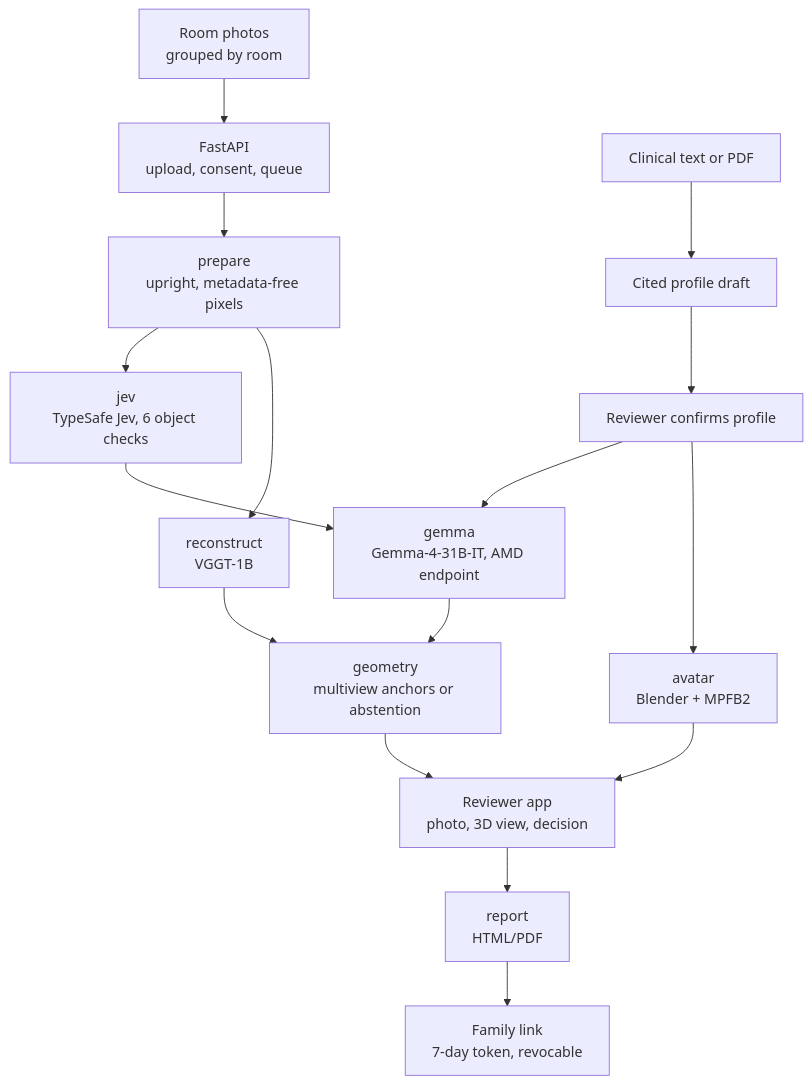
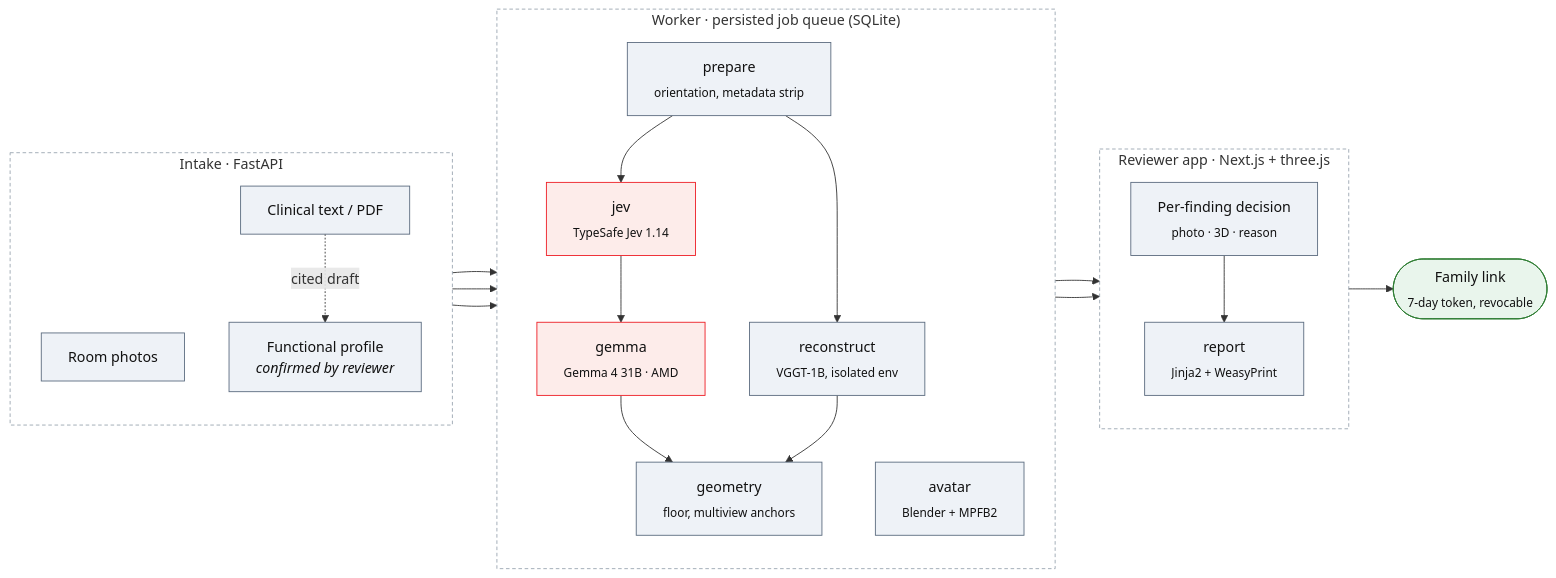
The diagram in README.md (jacopopper/amd-hack), drawn with Mermaid before and after one commit. The commit also changed other lines of this file and 12 other files, not shown here.

Commit message:
Rewrite the README with real app screenshots and room photos, redraw the architecture

````diff
--- a/README.md
+++ b/README.md
@@ -245,18 +63,48 @@
 ```mermaid
-flowchart TD
-    PH["Room photos<br/>grouped by room"] --> API["FastAPI<br/>upload, consent, queue"]
-    DOC["Clinical text or PDF"] --> PROF["Cited profile draft"]
-    PROF --> CONF["Reviewer confirms profile"]
-    API --> PREP["prepare<br/>upright, metadata-free pixels"]
-    PREP --> JEV["jev<br/>TypeSafe Jev, 6 object checks"]
-    PREP --> VGGT["reconstruct<br/>VGGT-1B"]
-    JEV --> GEM["gemma<br/>Gemma-4-31B-IT, AMD endpoint"]
-    CONF --> GEM
-    GEM --> GEO["geometry<br/>multiview anchors or abstention"]
-    VGGT --> GEO
-    CONF --> AV["avatar<br/>Blender + MPFB2"]
-    GEO --> REV["Reviewer app<br/>photo, 3D view, decision"]
-    AV --> REV
-    REV --> RPT["report<br/>HTML/PDF"]
-    RPT --> FAM["Family link<br/>7-day token, revocable"]
+flowchart LR
+    subgraph IN["Intake · FastAPI"]
+        direction TB
+        PH["Room photos"]
+        DOC["Clinical text / PDF"]
+        PRO["Functional profile<br/><i>confirmed by reviewer</i>"]
+        DOC -. cited draft .-> PRO
+    end
+
+    subgraph WK["Worker · persisted job queue (SQLite)"]
+        direction TB
+        PREP["prepare<br/><sub>orientation, metadata strip</sub>"]
+        JEV["jev<br/><sub>TypeSafe Jev 1.14</sub>"]
+        REC["reconstruct<br/><sub>VGGT-1B, isolated env</sub>"]
+        GEM["gemma<br/><sub>Gemma 4 31B · AMD</sub>"]
+        GEO["geometry<br/><sub>floor, multiview anchors</sub>"]
+        AV["avatar<br/><sub>Blender + MPFB2</sub>"]
+        PREP --> JEV --> GEM --> GEO
+        PREP --> REC --> GEO
+    end
+
+    subgraph RV["Reviewer app · Next.js + three.js"]
+        direction TB
+        DEC["Per-finding decision<br/><sub>photo · 3D · reason</sub>"]
+        RPT["report<br/><sub>Jinja2 + WeasyPrint</sub>"]
+        DEC --> RPT
+    end
+
+    FAM(["Family link<br/><sub>7-day token, revocable</sub>"])
+
+    PH --> PREP
+    PRO --> GEM
+    PRO --> AV
+    GEO --> DEC
+    AV --> DEC
+    RPT --> FAM
+
+    classDef ext fill:#fdecea,stroke:#ED1C24,color:#111
+    classDef local fill:#eef2f7,stroke:#5b6b7f,color:#111
+    classDef out fill:#e9f5ec,stroke:#2e7d32,color:#111
+    class JEV,GEM ext
+    class PREP,REC,GEO,AV,DEC,RPT,PH,DOC,PRO local
+    class FAM out
+    style IN fill:none,stroke:#9aa5b1,stroke-dasharray:4 3
+    style WK fill:none,stroke:#9aa5b1,stroke-dasharray:4 3
+    style RV fill:none,stroke:#9aa5b1,stroke-dasharray:4 3
 ```
````
